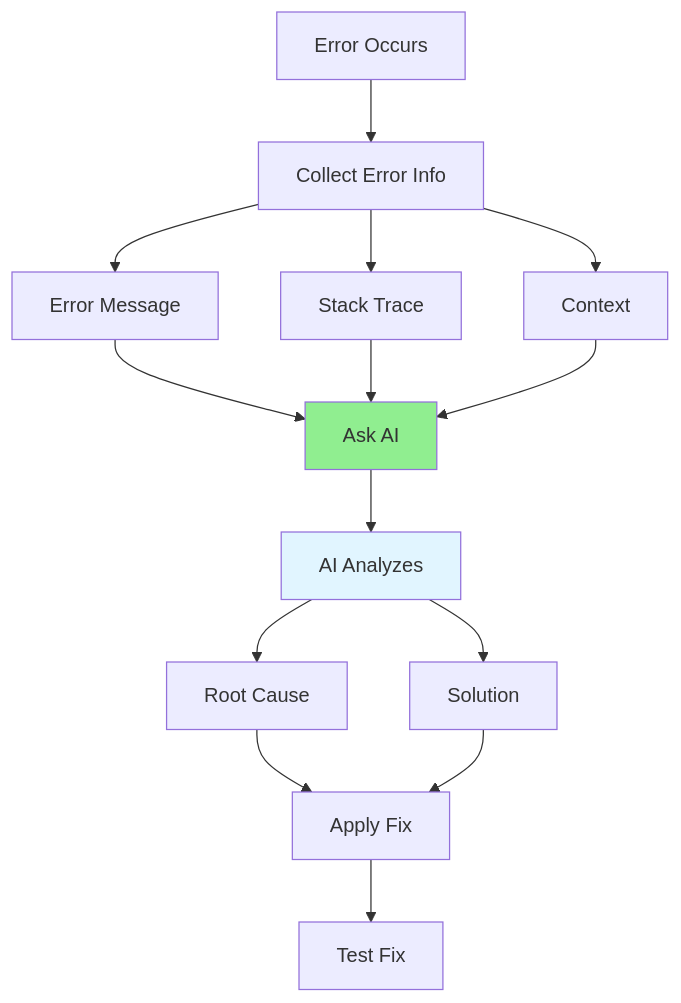
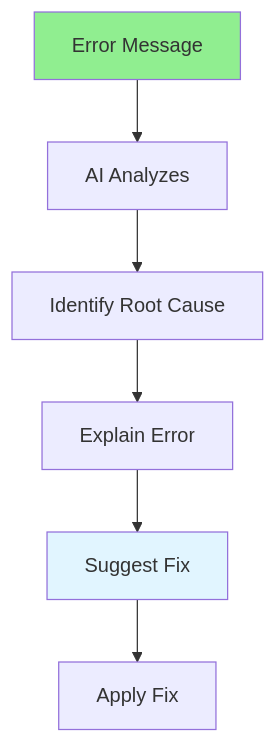
Before and after one commit to iouthnamain/tech-note: the diagram in Full-Stack-Guides/Group-05-AI-Assisted-Coding/05.12_AI_Error_Analysis.md, drawn with Mermaid. The commit also changed other lines of this file and 480 other files, not shown here.

````diff
--- a/Full-Stack-Guides/Group-05-AI-Assisted-Coding/05.12_AI_Error_Analysis.md
+++ b/Full-Stack-Guides/Group-05-AI-Assisted-Coding/05.12_AI_Error_Analysis.md
@@ -22,23 +22,11 @@
 ```mermaid
 flowchart TD
-    Error[Error Occurs] --> Collect[Collect Error Info]
-    Collect --> Message[Error Message]
-    Collect --> Stack[Stack Trace]
-    Collect --> Context[Context]
+    Error[Error Message] --> Analyze[AI Analyzes]
+    Analyze --> Identify[Identify Root Cause]
+    Identify --> Explain[Explain Error]
+    Explain --> Suggest[Suggest Fix]
+    Suggest --> Apply[Apply Fix]
     
-    Message --> Ask[Ask AI]
-    Stack --> Ask
-    Context --> Ask
-    
-    Ask --> Analyze[AI Analyzes]
-    Analyze --> Cause[Root Cause]
-    Analyze --> Solution[Solution]
-    
-    Cause --> Apply[Apply Fix]
-    Solution --> Apply
-    
-    Apply --> Test[Test Fix]
-    
-    style Ask fill:#90EE90
-    style Analyze fill:#e1f5ff
+    style Error fill:#90EE90
+    style Suggest fill:#e1f5ff
 ```
````
